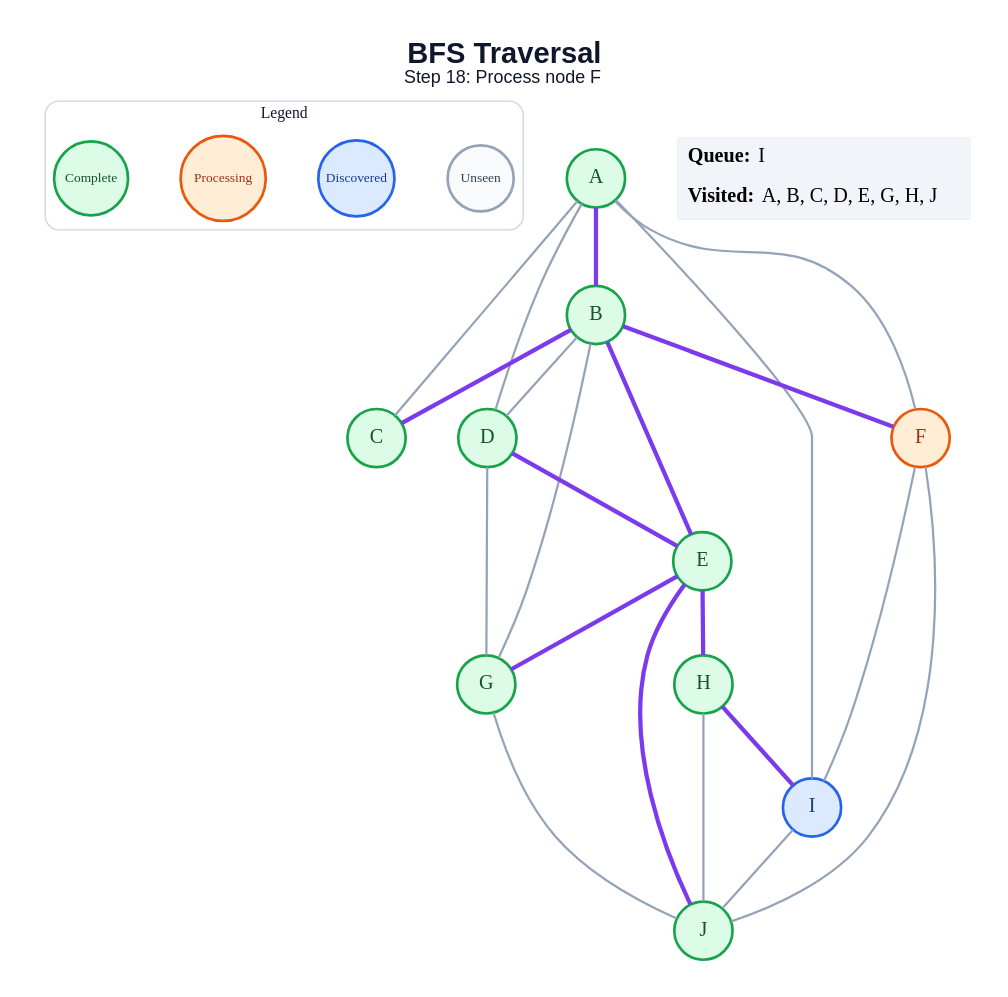
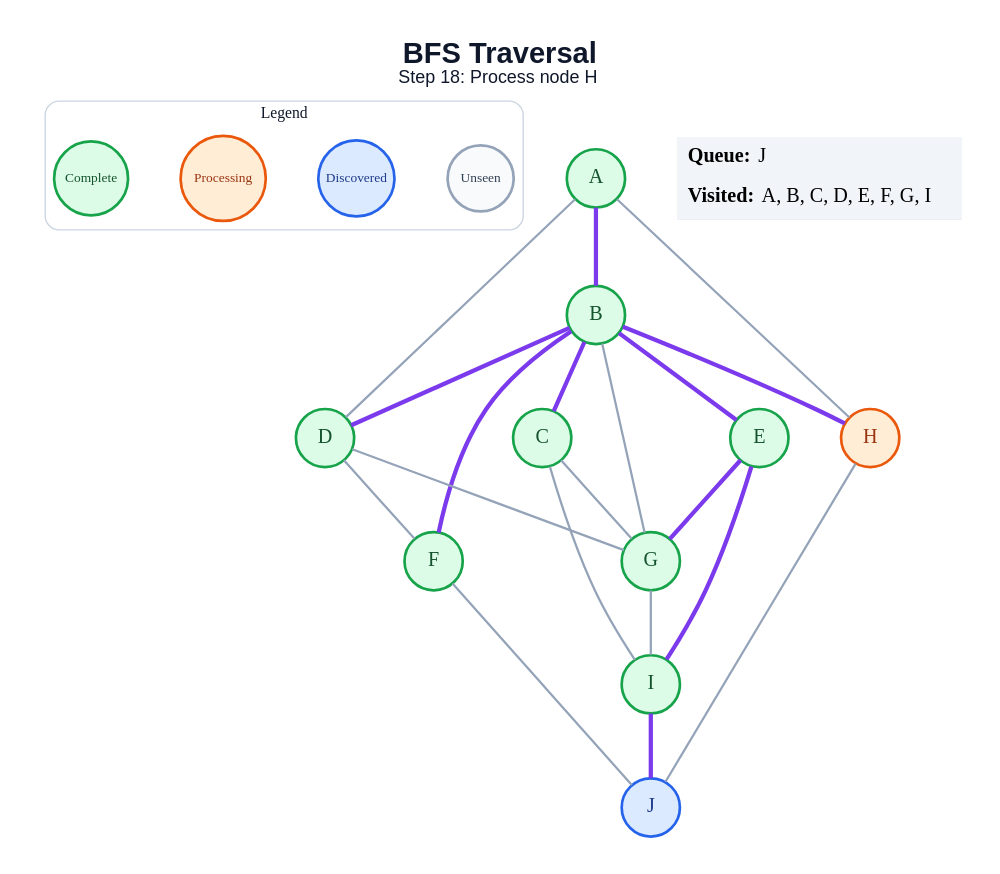
One commit to amanghodawala9/ai-slop changed the diagram in generated/specific-node/bfs/step_18.dot. Above: the diagram before and after it, drawn with Graphviz. The commit also changed 178 other files, not shown here.

```diff
--- a/generated/specific-node/bfs/step_18.dot
+++ b/generated/specific-node/bfs/step_18.dot
@@ -1,50 +1,48 @@
 graph traversal {
   graph [layout=dot, rankdir=TB, bgcolor="#FFFFFF", pad="0.35", nodesep="0.65", ranksep="0.8", fontname="Arial"];
   node [shape=circle, style="filled", fontname="Arial Bold", fontsize=18, width=0.72, fixedsize=true, penwidth=2.4];
   edge [color="#94A3B8", penwidth=2.0];
-  label=<<B>BFS Traversal</B><BR/><FONT POINT-SIZE="16">Step 18: Process node F</FONT>>; labelloc="t"; fontsize=26; fontname="Arial"; fontcolor="#0F172A";
+  label=<<B>BFS Traversal</B><BR/><FONT POINT-SIZE="16">Step 18: Process node H</FONT>>; labelloc="t"; fontsize=26; fontname="Arial"; fontcolor="#0F172A";
   subgraph cluster_legend { label="Legend"; color="#CBD5E1"; penwidth=1.2; style="rounded"; fontsize=14; fontname="Arial Bold";
     key_unseen [label="Unseen", fillcolor="#F8FAFC", color="#94A3B8", fontcolor="#334155", fontsize=12, width=0.82];
     key_frontier [label="Discovered", fillcolor="#DBEAFE", color="#2563EB", fontcolor="#1E3A8A", fontsize=12, width=0.95];
     key_current [label="Processing", fillcolor="#FFEDD5", color="#EA580C", fontcolor="#9A3412", fontsize=12, width=1.05];
     key_done [label="Complete", fillcolor="#DCFCE7", color="#16A34A", fontcolor="#14532D", fontsize=12, width=0.92];
     { rank=same; key_unseen; key_frontier; key_current; key_done; }
   }
   A [fillcolor="#DCFCE7", color="#16A34A", fontcolor="#14532D"];
   B [fillcolor="#DCFCE7", color="#16A34A", fontcolor="#14532D"];
   C [fillcolor="#DCFCE7", color="#16A34A", fontcolor="#14532D"];
   D [fillcolor="#DCFCE7", color="#16A34A", fontcolor="#14532D"];
   E [fillcolor="#DCFCE7", color="#16A34A", fontcolor="#14532D"];
-  F [fillcolor="#FFEDD5", color="#EA580C", fontcolor="#9A3412"];
+  F [fillcolor="#DCFCE7", color="#16A34A", fontcolor="#14532D"];
   G [fillcolor="#DCFCE7", color="#16A34A", fontcolor="#14532D"];
-  H [fillcolor="#DCFCE7", color="#16A34A", fontcolor="#14532D"];
-  I [fillcolor="#DBEAFE", color="#2563EB", fontcolor="#1E3A8A"];
-  J [fillcolor="#DCFCE7", color="#16A34A", fontcolor="#14532D"];
+  H [fillcolor="#FFEDD5", color="#EA580C", fontcolor="#9A3412"];
+  I [fillcolor="#DCFCE7", color="#16A34A", fontcolor="#14532D"];
+  J [fillcolor="#DBEAFE", color="#2563EB", fontcolor="#1E3A8A"];
   A -- B [color="#7C3AED", penwidth=3.8];
-  A -- C;
   A -- D;
-  A -- F;
-  A -- I;
+  A -- H;
   B -- C [color="#7C3AED", penwidth=3.8];
-  B -- D;
+  B -- D [color="#7C3AED", penwidth=3.8];
   B -- E [color="#7C3AED", penwidth=3.8];
   B -- F [color="#7C3AED", penwidth=3.8];
   B -- G;
-  D -- E [color="#7C3AED", penwidth=3.8];
+  B -- H [color="#7C3AED", penwidth=3.8];
+  C -- G;
+  C -- I;
+  D -- F;
   D -- G;
   E -- G [color="#7C3AED", penwidth=3.8];
-  E -- H [color="#7C3AED", penwidth=3.8];
-  E -- J [color="#7C3AED", penwidth=3.8];
-  F -- I;
+  E -- I [color="#7C3AED", penwidth=3.8];
   F -- J;
-  G -- J;
-  H -- I [color="#7C3AED", penwidth=3.8];
+  G -- I;
   H -- J;
-  I -- J;
+  I -- J [color="#7C3AED", penwidth=3.8];
   status [shape=plain, fixedsize=false, width=0, height=0, margin=0, label=<
     <TABLE BORDER="0" CELLBORDER="0" CELLPADDING="7" BGCOLOR="#F1F5F9">
-      <TR><TD ALIGN="LEFT"><B>Queue:</B> I</TD></TR>
-      <TR><TD ALIGN="LEFT"><B>Visited:</B> A, B, C, D, E, G, H, J</TD></TR>
+      <TR><TD ALIGN="LEFT"><B>Queue:</B> J</TD></TR>
+      <TR><TD ALIGN="LEFT"><B>Visited:</B> A, B, C, D, E, F, G, I</TD></TR>
     </TABLE>
   >];
 }
```
